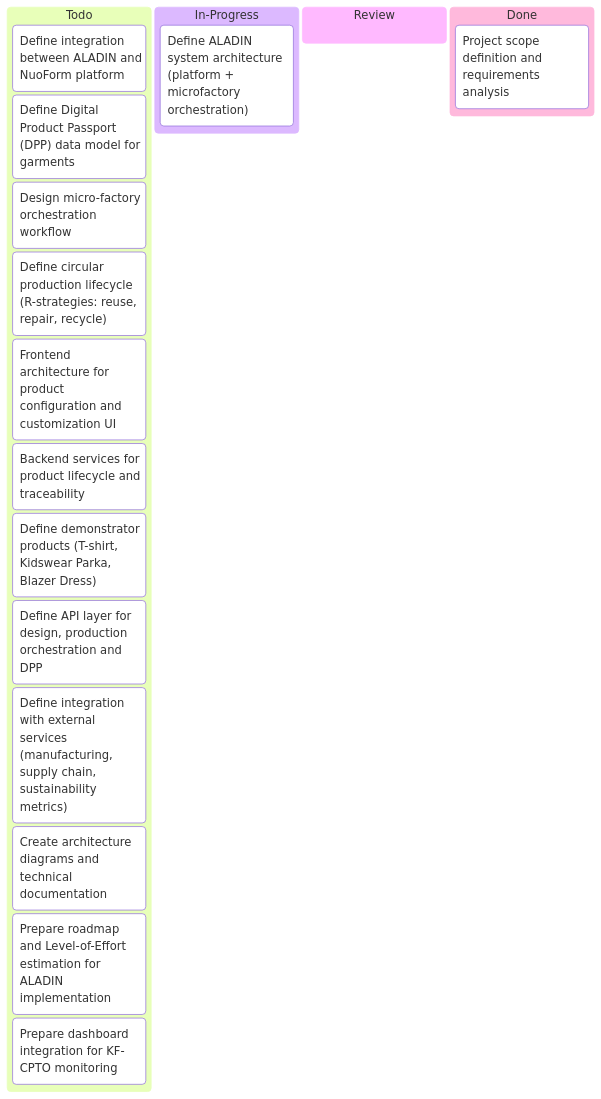
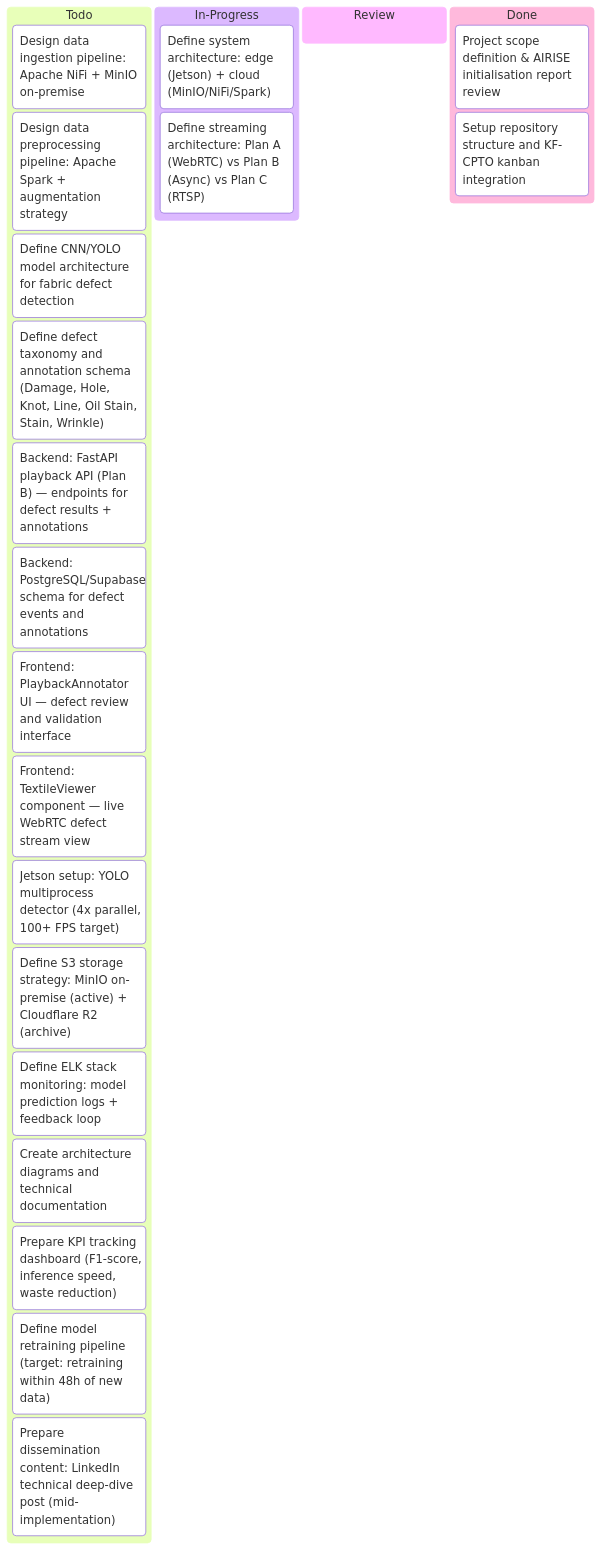
One commit to Katty-Fashion/kf-cpto changed the first of 3 diagrams in docs/_projects/AIRise-ai-fabric-inspection.md. Above: the diagram before and after it, drawn with Mermaid. The commit also changed other lines of this file and 10 other files, not shown here.

````diff
--- a/docs/_projects/AIRise-ai-fabric-inspection.md
+++ b/docs/_projects/AIRise-ai-fabric-inspection.md
@@ -34,21 +34,26 @@
 ```mermaid
 kanban
   Todo
-    t3["Define integration between ALADIN and NuoForm platform"]
-    t4["Define Digital Product Passport (DPP) data model for garments"]
-    t5["Design micro-factory orchestration workflow"]
-    t6["Define circular production lifecycle (R-strategies: reuse, repair, recycle)"]
-    t7["Frontend architecture for product configuration and customization UI"]
-    t8["Backend services for product lifecycle and traceability"]
-    t9["Define demonstrator products (T-shirt, Kidswear Parka, Blazer Dress)"]
-    t10["Define API layer for design, production orchestration and DPP"]
-    t11["Define integration with external services (manufacturing, supply chain, sustainability metrics)"]
-    t12["Create architecture diagrams and technical documentation"]
-    t13["Prepare roadmap and Level-of-Effort estimation for ALADIN implementation"]
-    t14["Prepare dashboard integration for KF-CPTO monitoring"]
+    t5["Design data ingestion pipeline: Apache NiFi + MinIO on-premise"]
+    t6["Design data preprocessing pipeline: Apache Spark + augmentation strategy"]
+    t7["Define CNN/YOLO model architecture for fabric defect detection"]
+    t8["Define defect taxonomy and annotation schema (Damage, Hole, Knot, Line, Oil Stain, Stain, Wrinkle)"]
+    t9["Backend: FastAPI playback API (Plan B) — endpoints for defect results + annotations"]
+    t10["Backend: PostgreSQL/Supabase schema for defect events and annotations"]
+    t11["Frontend: PlaybackAnnotator UI — defect review and validation interface"]
+    t12["Frontend: TextileViewer component — live WebRTC defect stream view"]
+    t13["Jetson setup: YOLO multiprocess detector (4x parallel, 100+ FPS target)"]
+    t14["Define S3 storage strategy: MinIO on-premise (active) + Cloudflare R2 (archive)"]
+    t15["Define ELK stack monitoring: model prediction logs + feedback loop"]
+    t16["Create architecture diagrams and technical documentation"]
+    t17["Prepare KPI tracking dashboard (F1-score, inference speed, waste reduction)"]
+    t18["Define model retraining pipeline (target: retraining within 48h of new data)"]
+    t19["Prepare dissemination content: LinkedIn technical deep-dive post (mid-implementation)"]
   In-Progress
-    t2["Define ALADIN system architecture (platform + microfactory orchestration)"]
+    t2["Define system architecture: edge (Jetson) + cloud (MinIO/NiFi/Spark)"]
+    t4["Define streaming architecture: Plan A (WebRTC) vs Plan B (Async) vs Plan C (RTSP)"]
   Review
   Done
-    t1["Project scope definition and requirements analysis"]
+    t1["Project scope definition & AIRISE initialisation report review"]
+    t3["Setup repository structure and KF-CPTO kanban integration"]
 ```
````
